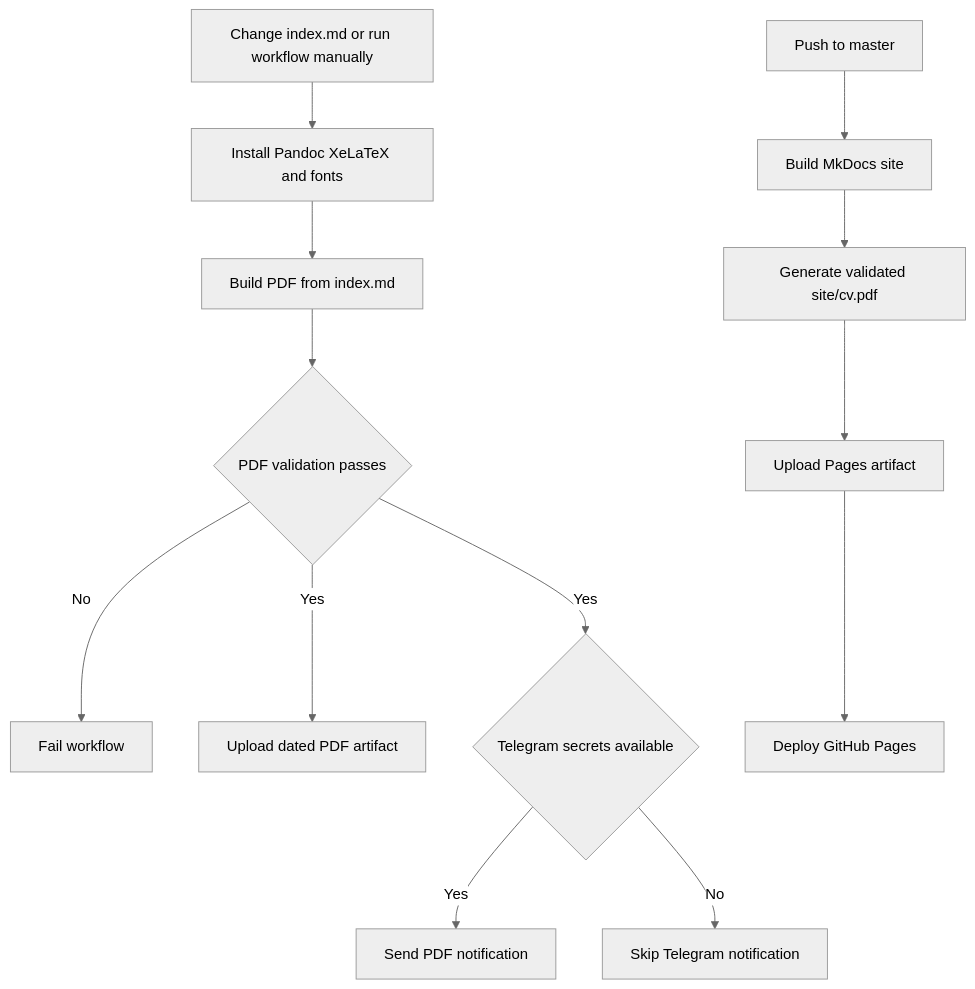
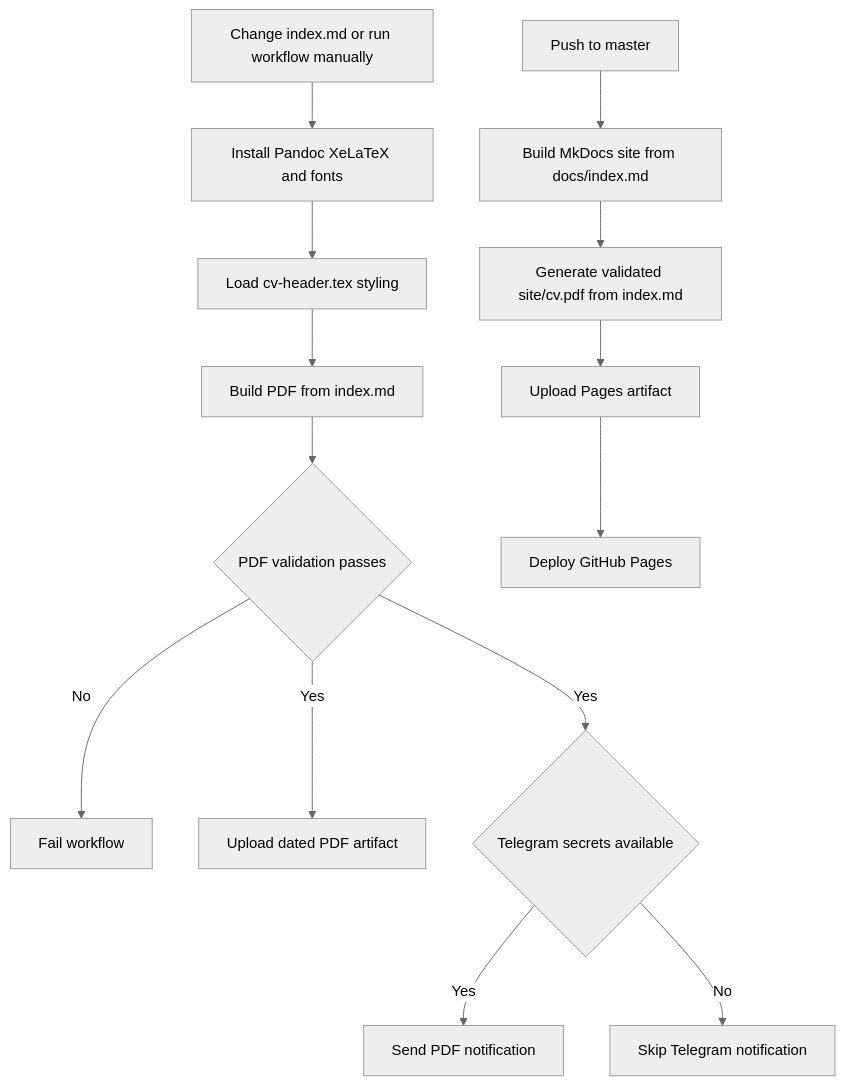
One commit to shaposhnikoff/shaposhnikoff.github.io changed the diagram in docs/diagrams/pdf-generation-flow.md. Above: the diagram before and after it, drawn with Mermaid (neutral theme). The commit also changed 11 other files, not shown here.

````diff
--- a/docs/diagrams/pdf-generation-flow.md
+++ b/docs/diagrams/pdf-generation-flow.md
@@ -3,16 +3,17 @@
 ```mermaid
 flowchart TD
     A[Change index.md or run workflow manually] --> B[Install Pandoc XeLaTeX and fonts]
-    B --> C[Build PDF from index.md]
-    C --> D{PDF validation passes}
-    D -- No --> E[Fail workflow]
-    D -- Yes --> F[Upload dated PDF artifact]
-    D -- Yes --> G{Telegram secrets available}
-    G -- Yes --> H[Send PDF notification]
-    G -- No --> I[Skip Telegram notification]
+    B --> C[Load cv-header.tex styling]
+    C --> D[Build PDF from index.md]
+    D --> E{PDF validation passes}
+    E -- No --> F[Fail workflow]
+    E -- Yes --> G[Upload dated PDF artifact]
+    E -- Yes --> H{Telegram secrets available}
+    H -- Yes --> I[Send PDF notification]
+    H -- No --> J[Skip Telegram notification]
 
-    J[Push to master] --> K[Build MkDocs site]
-    K --> L[Generate validated site/cv.pdf]
-    L --> M[Upload Pages artifact]
-    M --> N[Deploy GitHub Pages]
+    K[Push to master] --> L[Build MkDocs site from docs/index.md]
+    L --> M[Generate validated site/cv.pdf from index.md]
+    M --> N[Upload Pages artifact]
+    N --> O[Deploy GitHub Pages]
 ```
````
